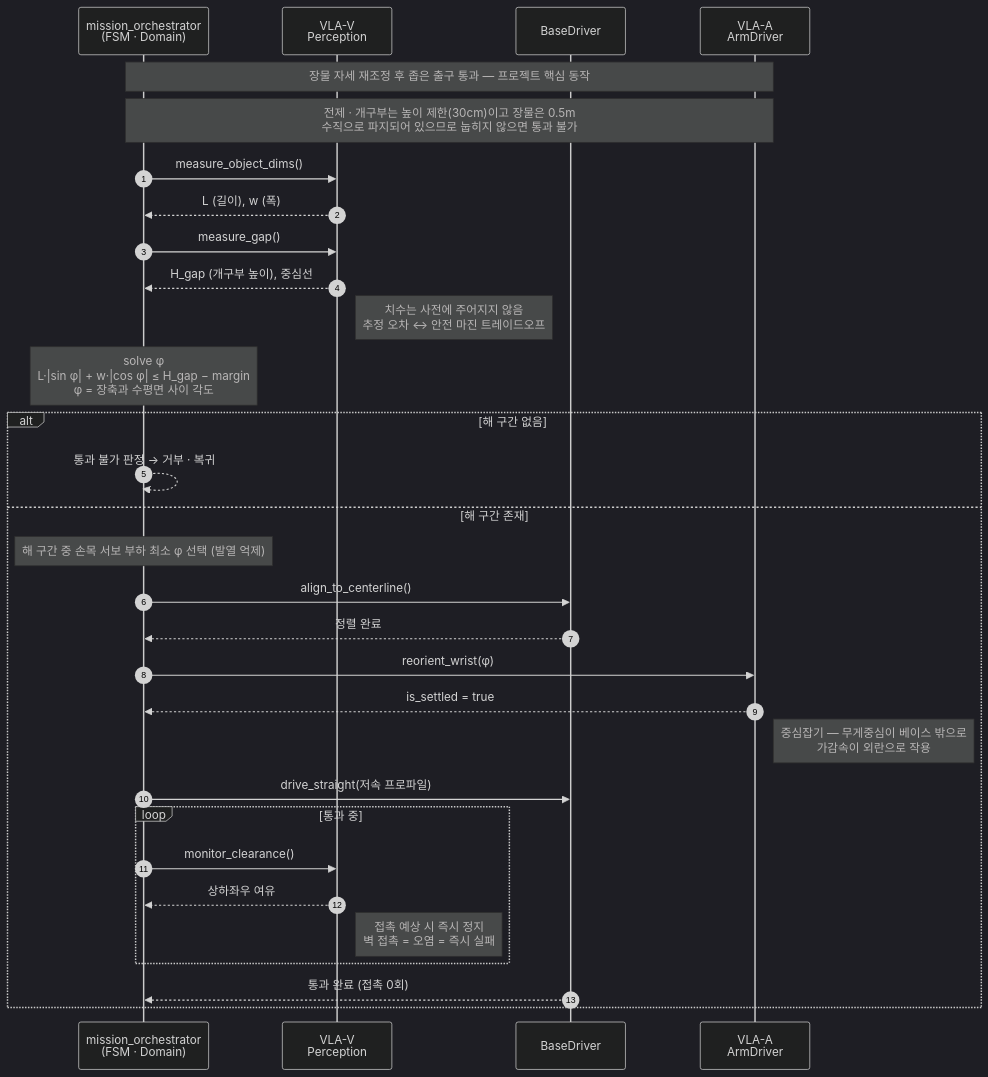
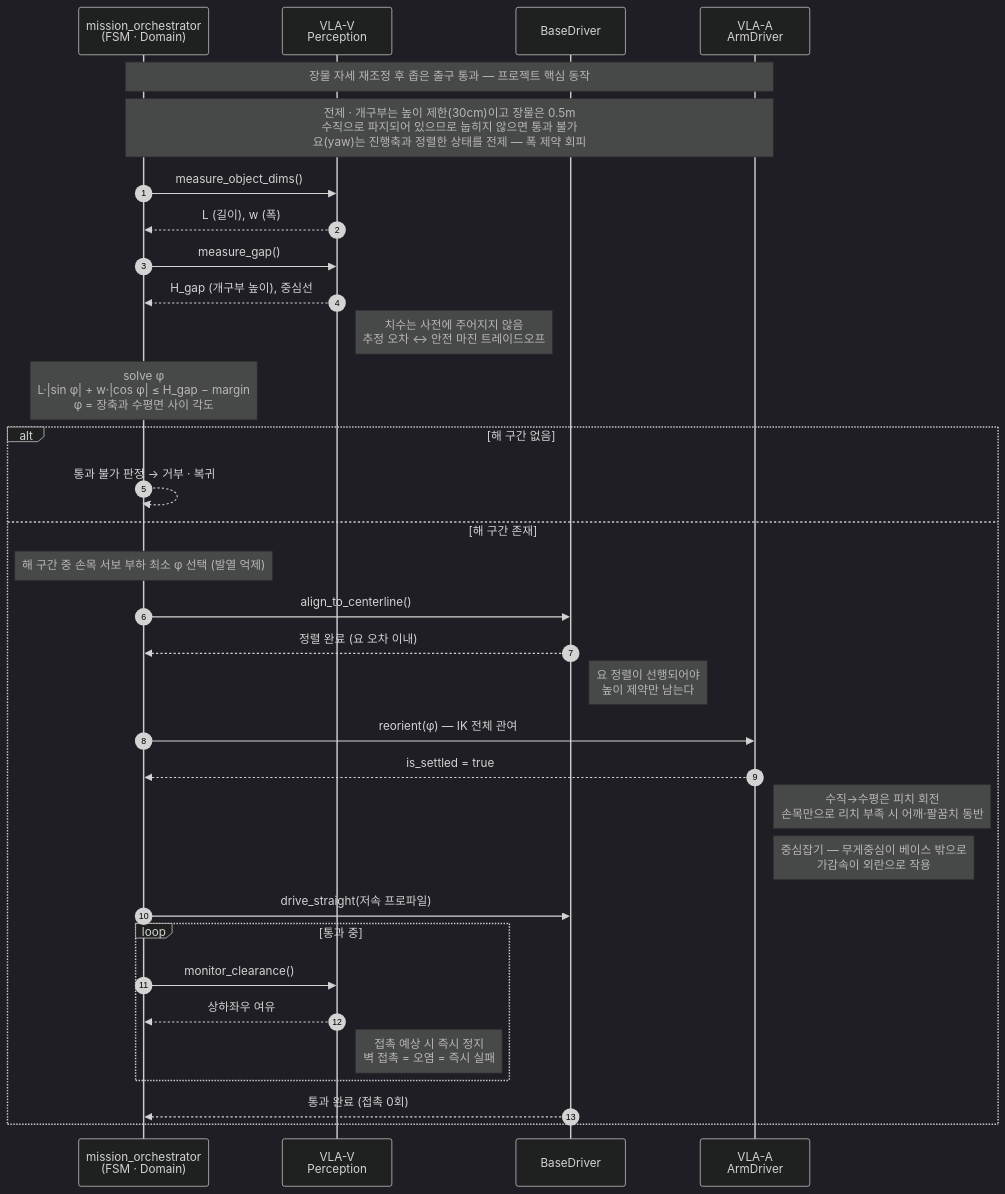
Before and after one commit to grippers-intel/grippers: the third of 6 diagrams in README.md, drawn with Mermaid (dark theme). The commit also changed other lines of this file, not shown here.

````diff
--- a/README.md
+++ b/README.md
@@ -268,38 +273,40 @@
 ```mermaid
 sequenceDiagram
     autonumber
     participant T as mission_orchestrator<br/>(FSM · Domain)
     participant V as VLA-V<br/>Perception
     participant B as BaseDriver
     participant A as VLA-A<br/>ArmDriver
 
     Note over T,A: 장물 자세 재조정 후 좁은 출구 통과 — 프로젝트 핵심 동작
 
-    Note over T,A: 전제 · 개구부는 높이 제한(30cm)이고 장물은 0.5m<br/>수직으로 파지되어 있으므로 눕히지 않으면 통과 불가
+    Note over T,A: 전제 · 개구부는 높이 제한(30cm)이고 장물은 0.5m<br/>수직으로 파지되어 있으므로 눕히지 않으면 통과 불가<br/>요(yaw)는 진행축과 정렬한 상태를 전제 — 폭 제약 회피
 
     T->>V: measure_object_dims()
     V-->>T: L (길이), w (폭)
     T->>V: measure_gap()
     V-->>T: H_gap (개구부 높이), 중심선
     Note right of V: 치수는 사전에 주어지지 않음<br/>추정 오차 ↔ 안전 마진 트레이드오프
 
     Note over T: solve φ<br/>L·|sin φ| + w·|cos φ| ≤ H_gap − margin<br/>φ = 장축과 수평면 사이 각도
 
     alt 해 구간 없음
         T-->>T: 통과 불가 판정 → 거부 · 복귀
     else 해 구간 존재
         Note over T: 해 구간 중 손목 서보 부하 최소 φ 선택 (발열 억제)
         T->>B: align_to_centerline()
-        B-->>T: 정렬 완료
-        T->>A: reorient_wrist(φ)
+        B-->>T: 정렬 완료 (요 오차 이내)
+        Note right of B: 요 정렬이 선행되어야<br/>높이 제약만 남는다
+        T->>A: reorient(φ)  — IK 전체 관여
         A-->>T: is_settled = true
+        Note right of A: 수직→수평은 피치 회전<br/>손목만으로 리치 부족 시 어깨·팔꿈치 동반
         Note right of A: 중심잡기 — 무게중심이 베이스 밖으로<br/>가감속이 외란으로 작용
         T->>B: drive_straight(저속 프로파일)
         loop 통과 중
             T->>V: monitor_clearance()
             V-->>T: 상하좌우 여유
             Note right of V: 접촉 예상 시 즉시 정지<br/>벽 접촉 = 오염 = 즉시 실패
         end
         B-->>T: 통과 완료 (접촉 0회)
     end
 ```
````
